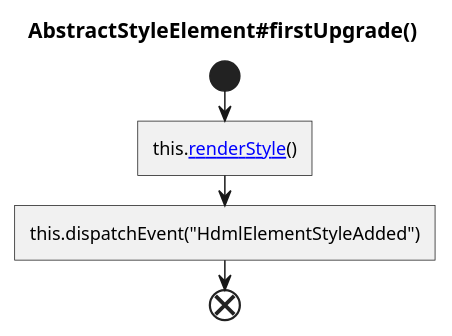
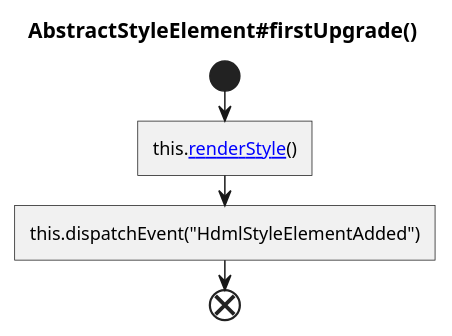
Diagram 11 of 32 in puml/renderer.puml (hdml-github/hdml-github.github.io), drawn with PlantUML before and after one commit. The commit also changed other lines of this file and 8 other files, not shown here.

```diff
--- a/puml/renderer.puml
+++ b/puml/renderer.puml
@@ -423,8 +488,8 @@
 @startuml AbstractStyleElement_firstUpgrade
   title AbstractStyleElement#firstUpgrade()
 
   start
     :this.[[./AbstractStyleElement_renderStyle.svg renderStyle]]()]
-    :this.dispatchEvent("HdmlElementStyleAdded")]
+    :this.dispatchEvent("HdmlStyleElementAdded")]
   end
 @enduml
```
